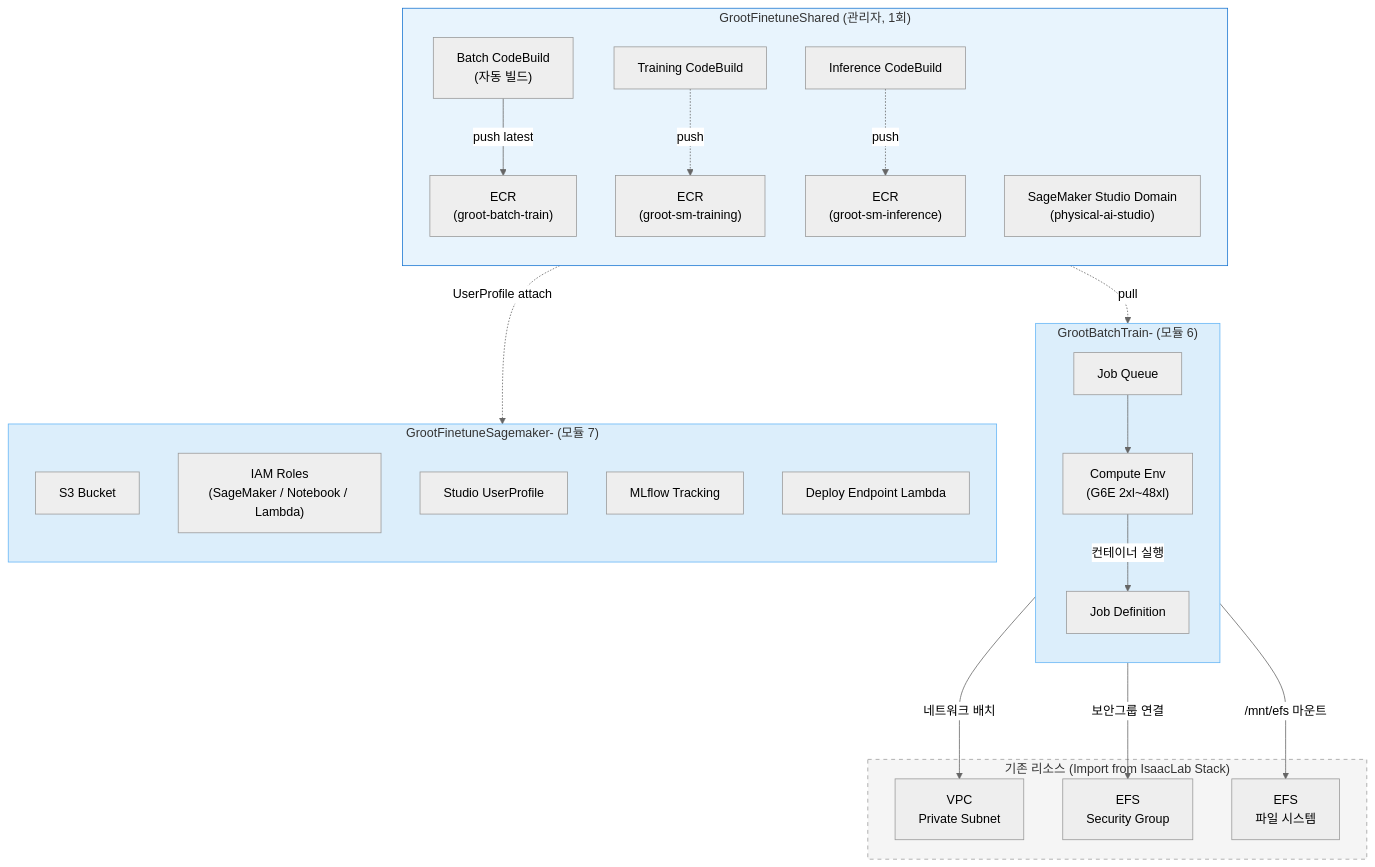
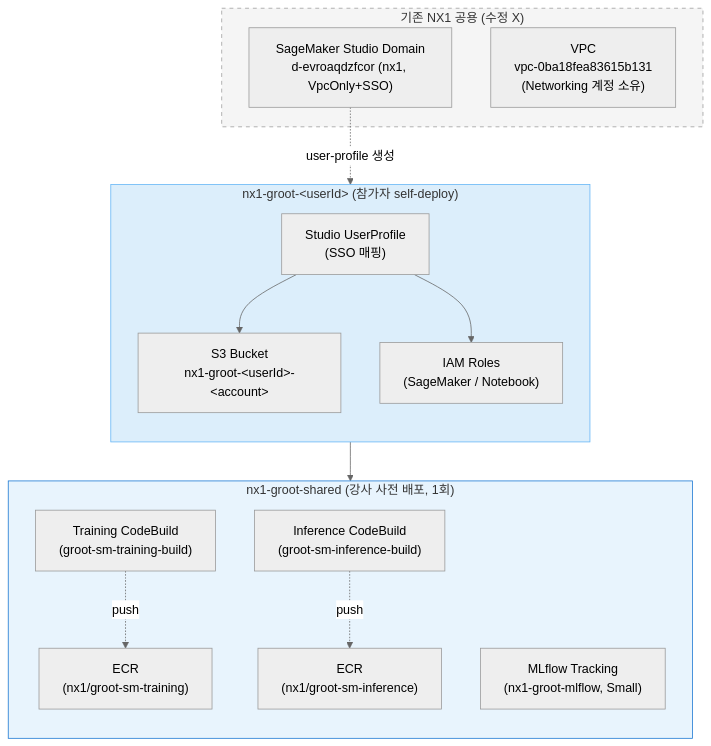
One commit to seokjushin/physical-ai-aws-docs changed the second of 2 diagrams in guide/e2e-workshop/5.-train-infra-setup.md. Above: the diagram before and after it, drawn with Mermaid (neutral theme). The commit also changed other lines of this file, not shown here.

First line of the commit message:
docs(nx1): module 5 train-infra-setup NX1판 재작성

````diff
--- a/guide/e2e-workshop/5.-train-infra-setup.md
+++ b/guide/e2e-workshop/5.-train-infra-setup.md
@@ -156,52 +124,34 @@
 ```mermaid
 flowchart TB
-    subgraph SharedStack["GrootFinetuneShared (관리자, 1회)"]
+    subgraph SharedStack["nx1-groot-shared (강사 사전 배포, 1회)"]
         direction TB
-        BatchECR["ECR\n(groot-batch-train)"]
-        BatchCB["Batch CodeBuild\n(자동 빌드)"]
-        SmTrainECR["ECR\n(groot-sm-training)"]
-        SmInfECR["ECR\n(groot-sm-inference)"]
-        SmTrainCB["Training CodeBuild"]
-        SmInfCB["Inference CodeBuild"]
-        Studio["SageMaker Studio Domain\n(physical-ai-studio)"]
-        BatchCB -->|"push latest"| BatchECR
-        SmTrainCB -.->|"push"| SmTrainECR
-        SmInfCB -.->|"push"| SmInfECR
+        SmTrainECR["ECR\n(nx1/groot-sm-training)"]
+        SmInfECR["ECR\n(nx1/groot-sm-inference)"]
+        SmTrainCB["Training CodeBuild\n(groot-sm-training-build)"]
+        SmInfCB["Inference CodeBuild\n(groot-sm-inference-build)"]
+        MLflow["MLflow Tracking\n(nx1-groot-mlflow, Small)"]
     end
 
-    subgraph BatchUserStack["GrootBatchTrain-<userId> (모듈 6)"]
+    subgraph SmUserStack["nx1-groot-&lt;userId&gt; (참가자 self-deploy)"]
         direction TB
-        JQ["Job Queue"]
-        CE["Compute Env\n(G6E 2xl~48xl)"]
-        JD["Job Definition"]
-        JQ --> CE
-        CE -->|"컨테이너 실행"| JD
+        S3["S3 Bucket\nnx1-groot-&lt;userId&gt;-&lt;account&gt;"]
+        Roles["IAM Roles\n(SageMaker / Notebook)"]
+        UP["Studio UserProfile\n(SSO 매핑)"]
     end
 
-    subgraph SmUserStack["GrootFinetuneSagemaker-<userId> (모듈 7)"]
-        direction TB
-        S3["S3 Bucket"]
-        Roles["IAM Roles\n(SageMaker / Notebook / Lambda)"]
-        UP["Studio UserProfile"]
-        MLflow["MLflow Tracking"]
-        Lambda["Deploy Endpoint Lambda"]
+    subgraph Existing["기존 NX1 공용 (수정 X)"]
+        Studio["SageMaker Studio Domain\nd-evroaqdzfcor (nx1, VpcOnly+SSO)"]
+        VPC["VPC\nvpc-0ba18fea83615b131\n(Networking 계정 소유)"]
     end
 
-    BatchECR -.->|"pull"| JD
-    Studio -.->|"UserProfile attach"| UP
-
-    subgraph Imported["기존 리소스 (Import from IsaacLab Stack)"]
-        VPC["VPC\nPrivate Subnet"]
-        SG["EFS\nSecurity Group"]
-        EFS["EFS\n파일 시스템"]
-    end
-
-    CE --->|"네트워크 배치"| VPC
-    CE --->|"보안그룹 연결"| SG
-    JD --->|"/mnt/efs 마운트"| EFS
+    SmTrainCB -.->|"push"| SmTrainECR
+    SmInfCB -.->|"push"| SmInfECR
+    Studio -.->|"user-profile 생성"| UP
+    UP --> Roles
+    UP --> S3
+    UP --> MLflow
 
     style SharedStack fill:#e8f4fd,stroke:#1976d2
-    style BatchUserStack fill:#dceefb,stroke:#64b5f6
     style SmUserStack fill:#dceefb,stroke:#64b5f6
-    style Imported fill:#f5f5f5,stroke:#9e9e9e,stroke-dasharray: 5 5
+    style Existing fill:#f5f5f5,stroke:#9e9e9e,stroke-dasharray: 5 5
 ```
````
